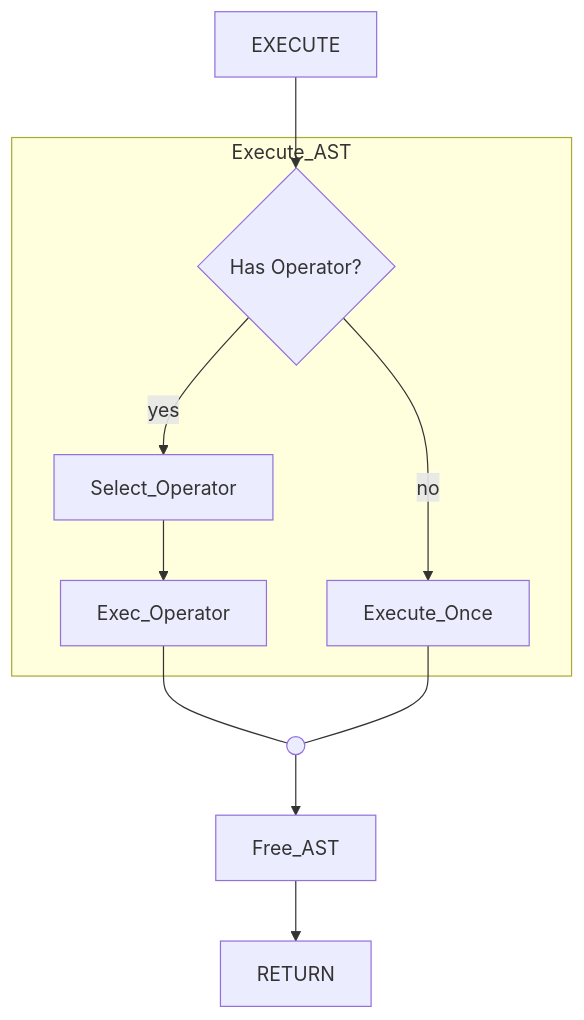
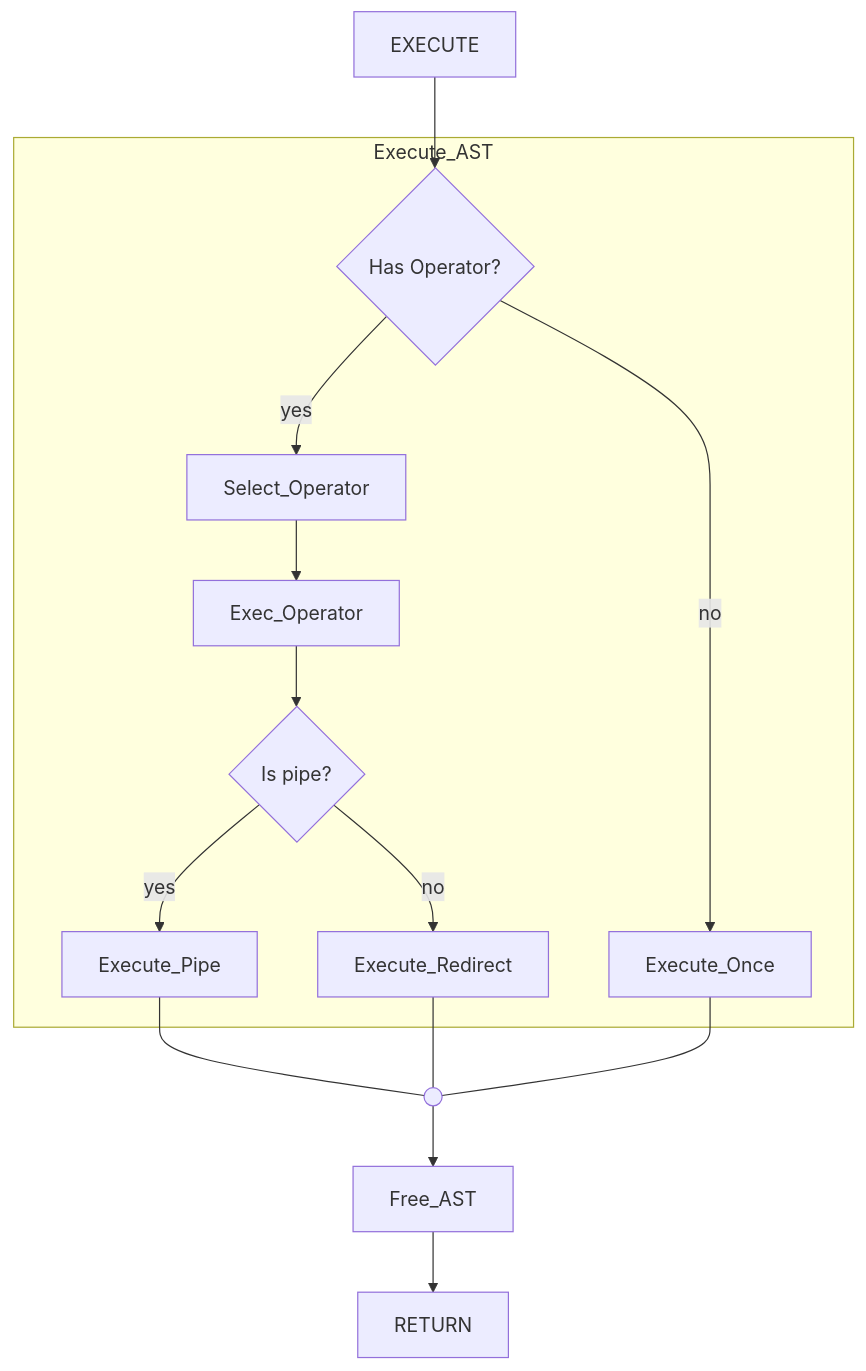
Before and after one commit to naviopirata/42-minishell: the third of 6 diagrams in notes/feat_/feat_ Criar v0.1 do projeto.md, drawn with Mermaid. The commit also changed other lines of this file and 1 other file, not shown here.

````diff
--- a/notes/feat_/feat_ Criar v0.1 do projeto.md
+++ b/notes/feat_/feat_ Criar v0.1 do projeto.md
@@ -67,30 +61,36 @@
 ```mermaid
 	flowchart TD
 	hasOper{Has Operator?}
+	ispipe{Is pipe?}
 	c1(( ))
 	
 
 	EXECUTE -->
 	hasOper
 	
 
-	Exec_Operator ---
+	Execute_Pipe ---
+	c1
+	
+	Execute_Redirect ---
 	c1
 	
 	Execute_Once ---
 	c1
 
 	c1 -->
 	Free_AST -->
 	RETURN
 
 
 	subgraph Execute_AST
 		hasOper -- yes -->
 			Select_Operator	-->
-			Exec_Operator 
+			Exec_Operator -->
+			ispipe -- yes --> Execute_Pipe
+			ispipe -- no --> Execute_Redirect
 
 		hasOper -- no -->
 			Execute_Once
 	end
 ```
````
